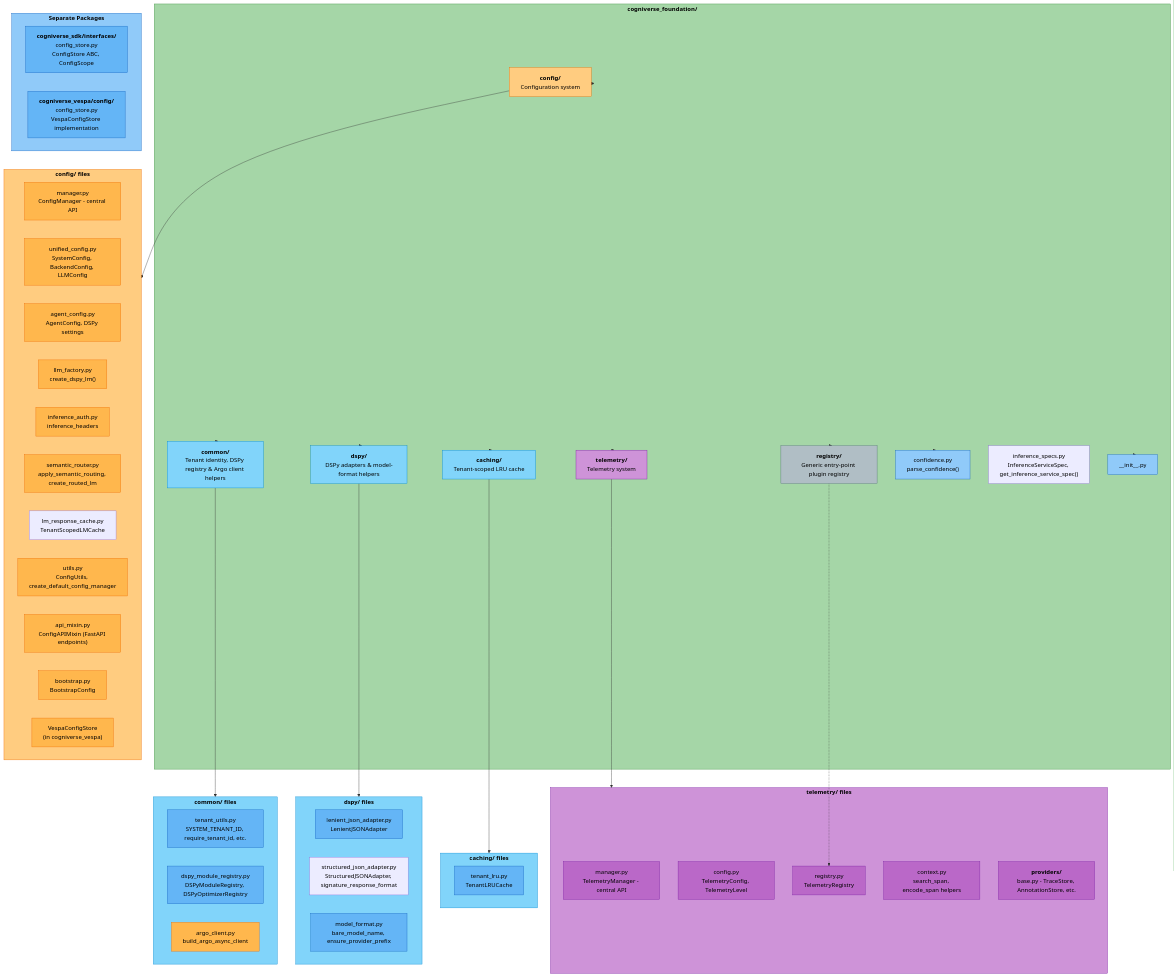
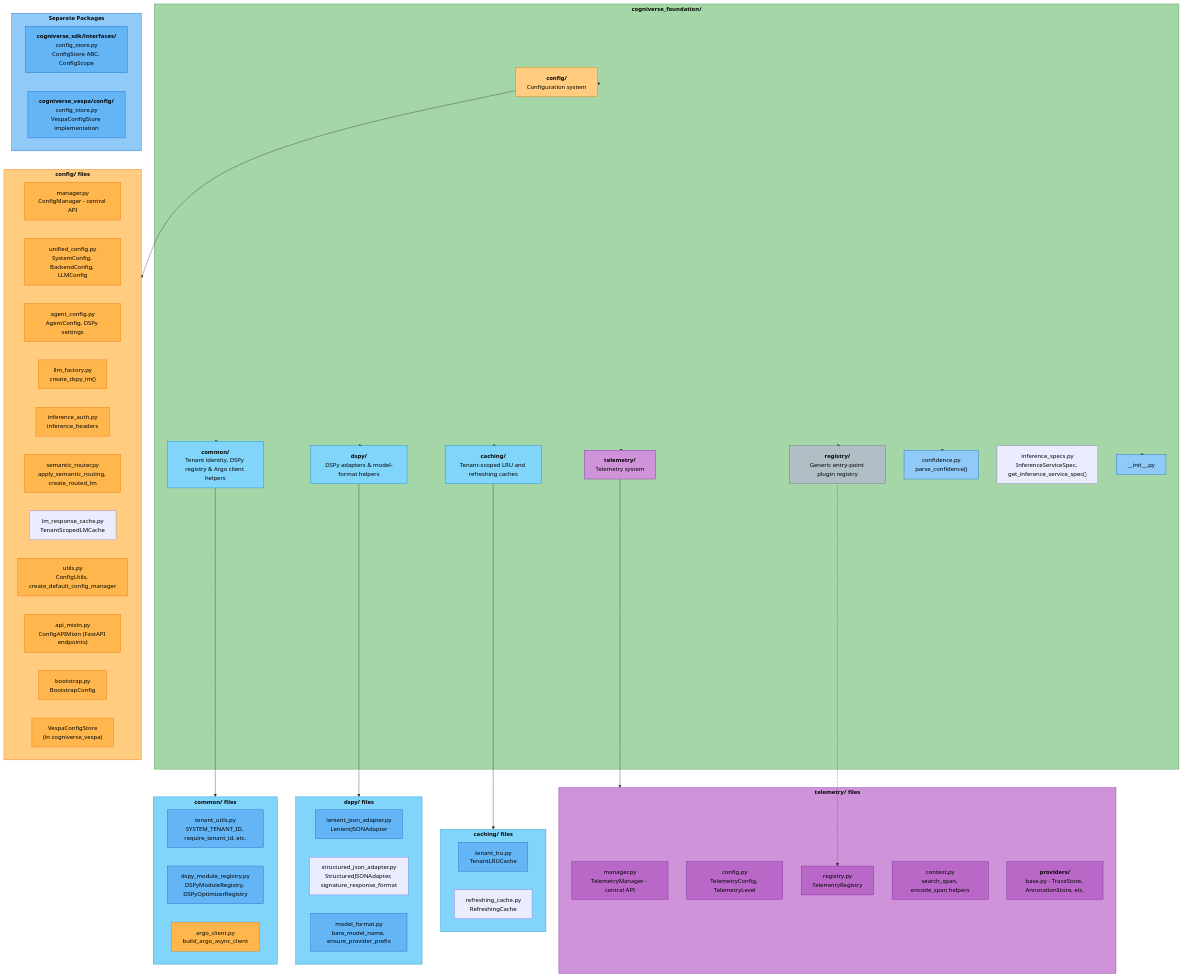
The first of 3 diagrams in docs/modules/foundation.md (amit-jain/cogniverse), drawn with Mermaid before and after one commit. The commit also changed other lines of this file and 15 other files, not shown here.

```diff
--- a/docs/modules/foundation.md
+++ b/docs/modules/foundation.md
@@ -53,7 +53,7 @@
         ConfigDir["<span style='color:#000'><b>config/</b><br/>Configuration system</span>"]
         TelemetryDir["<span style='color:#000'><b>telemetry/</b><br/>Telemetry system</span>"]
         RegistryDir["<span style='color:#000'><b>registry/</b><br/>Generic entry-point plugin registry</span>"]
-        CachingDir["<span style='color:#000'><b>caching/</b><br/>Tenant-scoped LRU cache</span>"]
+        CachingDir["<span style='color:#000'><b>caching/</b><br/>Tenant-scoped LRU and refreshing caches</span>"]
         DspyDir["<span style='color:#000'><b>dspy/</b><br/>DSPy adapters &amp; model-format helpers</span>"]
         CommonDir["<span style='color:#000'><b>common/</b><br/>Tenant identity, DSPy registry &amp; Argo client helpers</span>"]
         ConfidencePy["<span style='color:#000'>confidence.py<br/>parse_confidence()</span>"]
@@ -85,6 +85,7 @@
 
     subgraph CachingFiles["<span style='color:#000'><b>caching/ files</b></span>"]
         TenantLru["<span style='color:#000'>tenant_lru.py<br/>TenantLRUCache</span>"]
+        RefreshingCacheFile["<span style='color:#000'>refreshing_cache.py<br/>RefreshingCache</span>"]
     end
 
     subgraph DspyFiles["<span style='color:#000'><b>dspy/ files</b></span>"]
```
